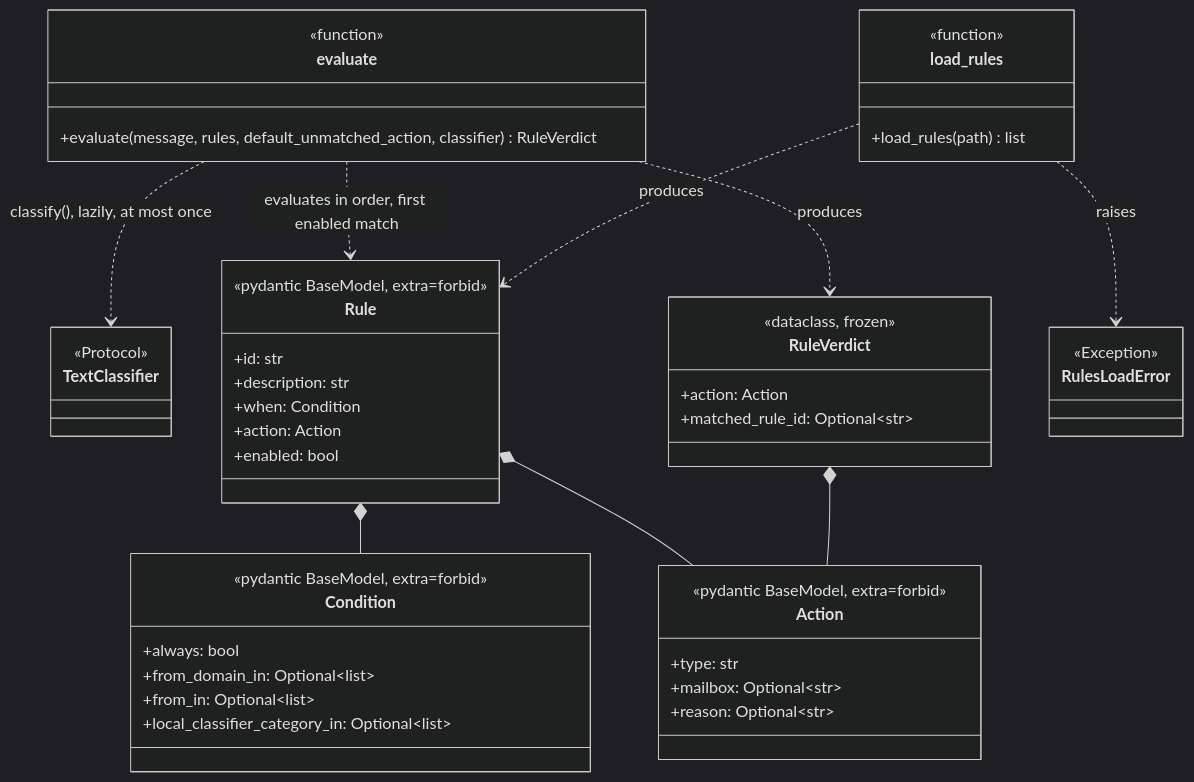
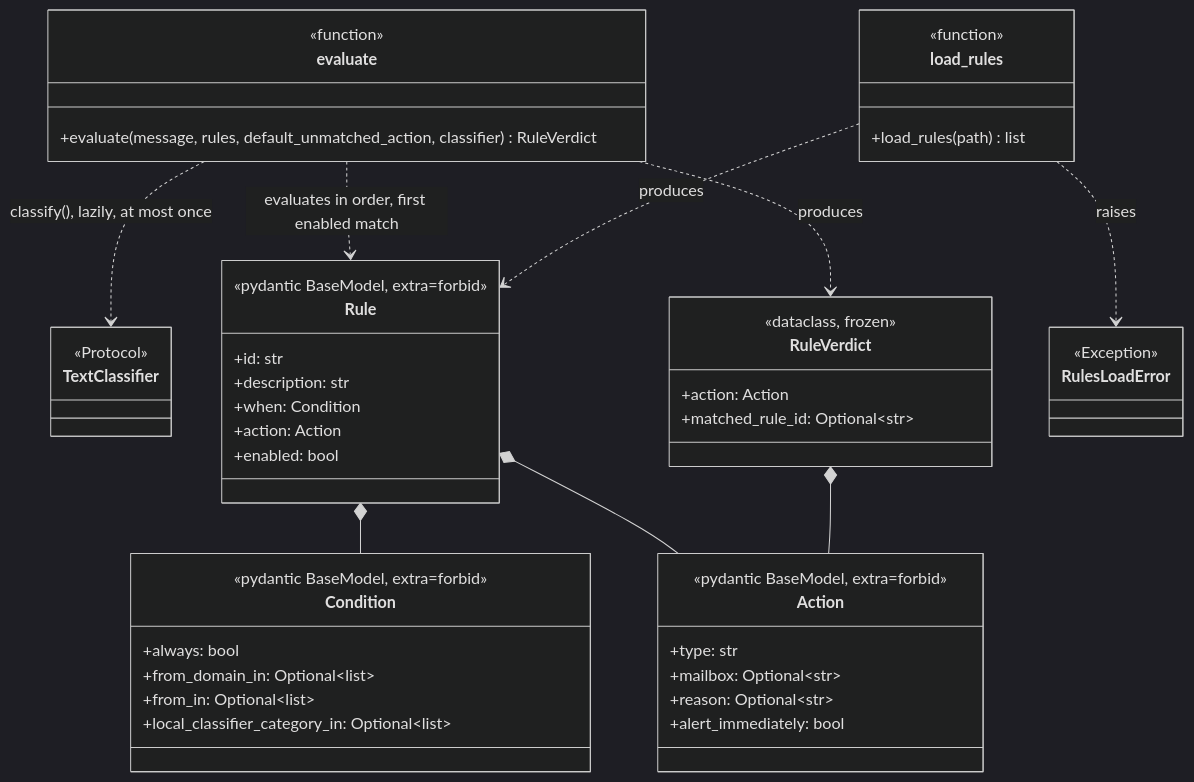
The ninth of 32 diagrams in docs/DESIGN.md (Stainless5166/friendly-octo-spork), drawn with Mermaid (dark theme) before and after one commit. The commit also changed other lines of this file, not shown here.

````diff
--- a/docs/DESIGN.md
+++ b/docs/DESIGN.md
@@ -549,48 +550,49 @@
 ```mermaid
 classDiagram
     class TextClassifier { <<Protocol>> }
     class Condition {
         <<pydantic BaseModel, extra=forbid>>
         +always: bool
         +from_domain_in: Optional~list~
         +from_in: Optional~list~
         +local_classifier_category_in: Optional~list~
     }
     class Action {
         <<pydantic BaseModel, extra=forbid>>
         +type: str
         +mailbox: Optional~str~
         +reason: Optional~str~
+        +alert_immediately: bool
     }
     class Rule {
         <<pydantic BaseModel, extra=forbid>>
         +id: str
         +description: str
         +when: Condition
         +action: Action
         +enabled: bool
     }
     class RuleVerdict {
         <<dataclass, frozen>>
         +action: Action
         +matched_rule_id: Optional~str~
     }
     class evaluate {
         <<function>>
         +evaluate(message, rules, default_unmatched_action, classifier) RuleVerdict
     }
     class RulesLoadError { <<Exception>> }
     class load_rules {
         <<function>>
         +load_rules(path) list
     }
 
     Rule *-- Condition
     Rule *-- Action
     RuleVerdict *-- Action
     evaluate ..> Rule : evaluates in order, first enabled match
     evaluate ..> RuleVerdict : produces
     evaluate ..> TextClassifier : classify(), lazily, at most once
     load_rules ..> Rule : produces
     load_rules ..> RulesLoadError : raises
 ```
````
